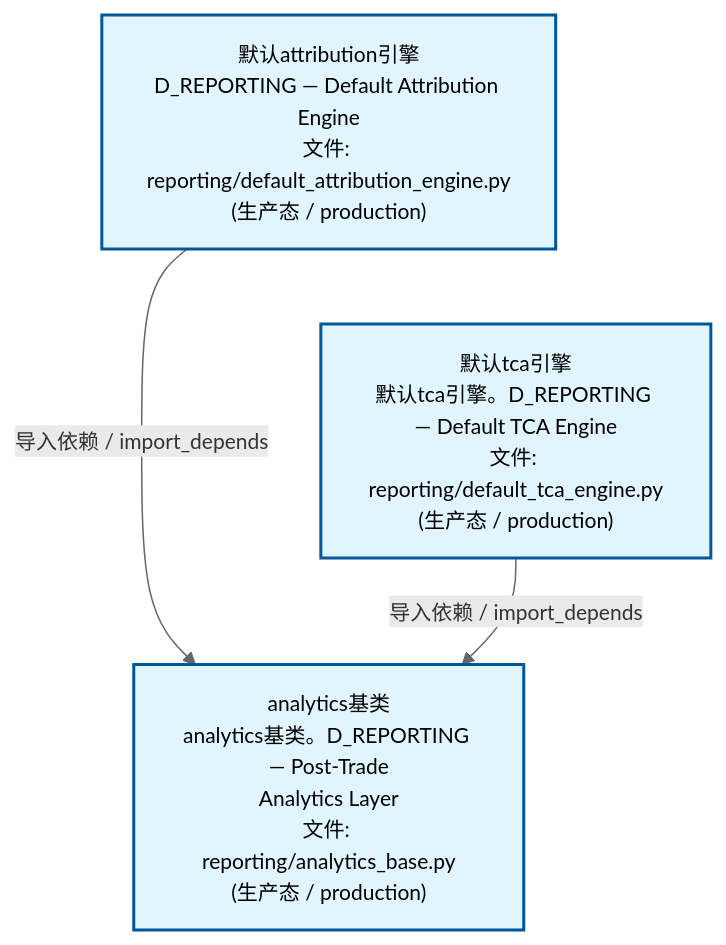
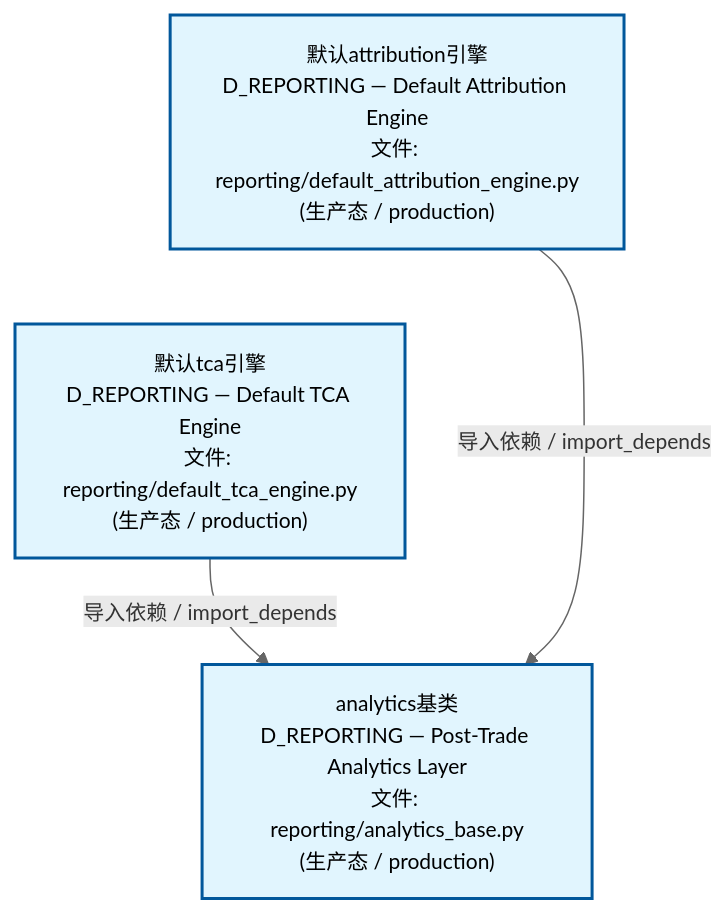
One commit to xuanFelixVan/ZephyrAlpha changed the second of 4 diagrams in docs/02_enterprise_architecture/02_domain_architecture_docs/26_d_reporting.md. Above: the diagram before and after it, drawn with Mermaid. The commit also changed other lines of this file and 61 other files, not shown here.

````diff
--- a/docs/02_enterprise_architecture/02_domain_architecture_docs/26_d_reporting.md
+++ b/docs/02_enterprise_architecture/02_domain_architecture_docs/26_d_reporting.md
@@ -117,15 +117,15 @@
 ```mermaid
 %%{init: {'theme': 'base', 'themeVariables': {'primaryColor': '#eaeaea', 'primaryTextColor': '#333333', 'primaryBorderColor': '#666666', 'lineColor': '#666666', 'secondaryColor': '#eaeaea', 'tertiaryColor': '#eaeaea', 'fontSize': '14px'}}}%%
 flowchart TD
     src_zephyr_reporting_default_attribution_engine_py["默认attribution引擎<br/>D_REPORTING — Default Attribution Engine<br/>文件: reporting/default_attribution_engine.py<br/>(生产态 / production)"]
-    src_zephyr_reporting_default_tca_engine_py["默认tca引擎<br/>默认tca引擎。D_REPORTING — Default TCA Engine<br/>文件: reporting/default_tca_engine.py<br/>(生产态 / production)"]
+    src_zephyr_reporting_default_tca_engine_py["默认tca引擎<br/>D_REPORTING — Default TCA Engine<br/>文件: reporting/default_tca_engine.py<br/>(生产态 / production)"]
     src_zephyr_reporting_default_attribution_engine_py ~~~ src_zephyr_reporting_default_tca_engine_py
-    src_zephyr_reporting_analytics_base_py["analytics基类<br/>analytics基类。D_REPORTING — Post-Trade<br/>Analytics Layer<br/>文件: reporting/analytics_base.py<br/>(生产态 / production)"]
+    src_zephyr_reporting_analytics_base_py["analytics基类<br/>D_REPORTING — Post-Trade Analytics Layer<br/>文件: reporting/analytics_base.py<br/>(生产态 / production)"]
+    src_zephyr_reporting_default_tca_engine_py -->|导入依赖 / import_depends| src_zephyr_reporting_analytics_base_py
     src_zephyr_reporting_default_attribution_engine_py -->|导入依赖 / import_depends| src_zephyr_reporting_analytics_base_py
-    src_zephyr_reporting_default_tca_engine_py -->|导入依赖 / import_depends| src_zephyr_reporting_analytics_base_py
     classDef production fill:#e1f5fe,stroke:#01579b,stroke-width:2px,color:#000
     classDef design fill:#fff3e0,stroke:#e65100,stroke-width:2px,color:#000,stroke-dasharray: 5 5
     classDef external_prod fill:#e8f4fd,stroke:#0277bd,stroke-width:1px,color:#000
     classDef external_design fill:#fff8e7,stroke:#ef6c00,stroke-width:1px,color:#000,stroke-dasharray: 5 5
     class src_zephyr_reporting_analytics_base_py,src_zephyr_reporting_default_attribution_engine_py,src_zephyr_reporting_default_tca_engine_py production
 ```
````
